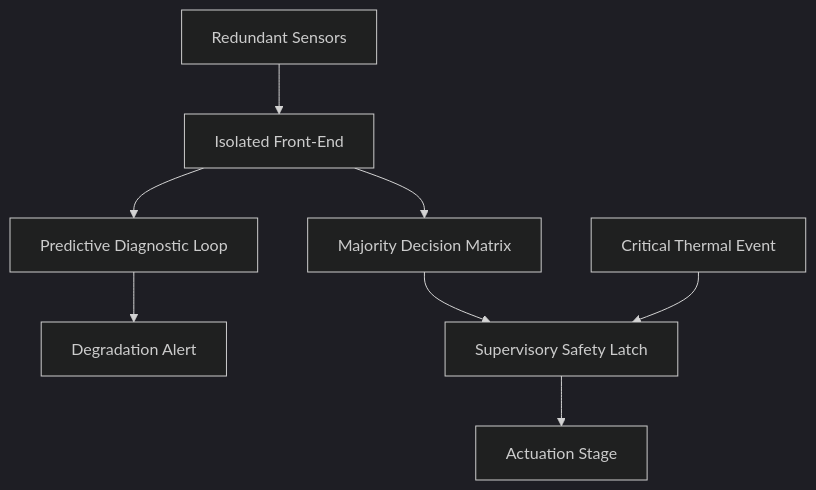
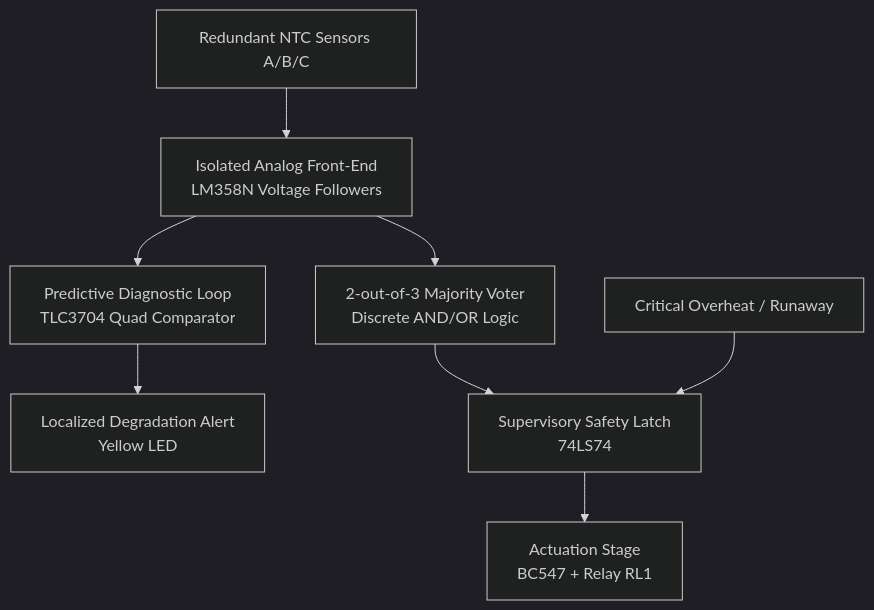
One commit to umarali-lumo/Decoupled-TMR-Thermal-Control-Architecture changed the diagram in README.md. Above: the diagram before and after it, drawn with Mermaid (dark theme). The commit also changed other lines of this file, not shown here.

````diff
--- a/README.md
+++ b/README.md
@@ -41,10 +76,10 @@
 ```mermaid
 graph TD
-    S[Redundant Sensors] --> I[Isolated Front-End]
-    I --> V[Majority Decision Matrix]
-    I --> D[Predictive Diagnostic Loop]
-    D --> A[Degradation Alert]
-    V --> L[Supervisory Safety Latch]
-    L --> R[Actuation Stage]
-    E[Critical Thermal Event] --> L
+    S[Redundant NTC Sensors A/B/C] --> I[Isolated Analog Front-End<br/>LM358N Voltage Followers]
+    I --> V[2-out-of-3 Majority Voter<br/>Discrete AND/OR Logic]
+    I --> D[Predictive Diagnostic Loop<br/>TLC3704 Quad Comparator]
+    D --> A[Localized Degradation Alert<br/>Yellow LED]
+    V --> L[Supervisory Safety Latch<br/>74LS74]
+    E[Critical Overheat / Runaway] --> L
+    L --> R[Actuation Stage<br/>BC547 + Relay RL1]
 ```
````
